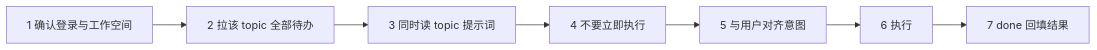
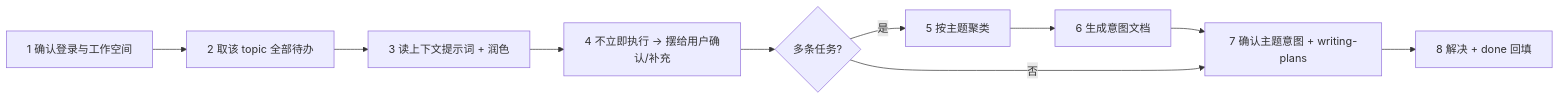
The diagram in assets/nx-kv/references/agent-workflow.md (On-DevPlan/nx-kv), drawn with Mermaid before and after one commit. The commit also changed other lines of this file and 2 other files, not shown here.

````diff
--- a/assets/nx-kv/references/agent-workflow.md
+++ b/assets/nx-kv/references/agent-workflow.md
@@ -13,9 +56,12 @@
 ```mermaid
 flowchart LR
-  A[1 确认登录与工作空间] --> B[2 拉该 topic 全部待办]
-  B --> C[3 同时读 topic 提示词]
-  C --> D[4 不要立即执行]
-  D --> E[5 与用户对齐意图]
-  E --> F[6 执行]
-  F --> G[7 done 回填结果]
+  A[1 确认登录与工作空间] --> B[2 取该 topic 全部待办]
+  B --> C[3 读上下文提示词 + 润色]
+  C --> D[4 不立即执行 → 摆给用户确认/补充]
+  D --> E{多条任务?}
+  E -- 是 --> F[5 按主题聚类]
+  F --> G[6 生成意图文档]
+  G --> H[7 确认主题意图 + writing-plans]
+  E -- 否 --> H
+  H --> I[8 解决 + done 回填]
 ```
````
